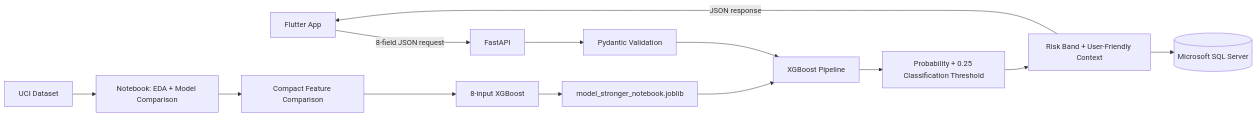
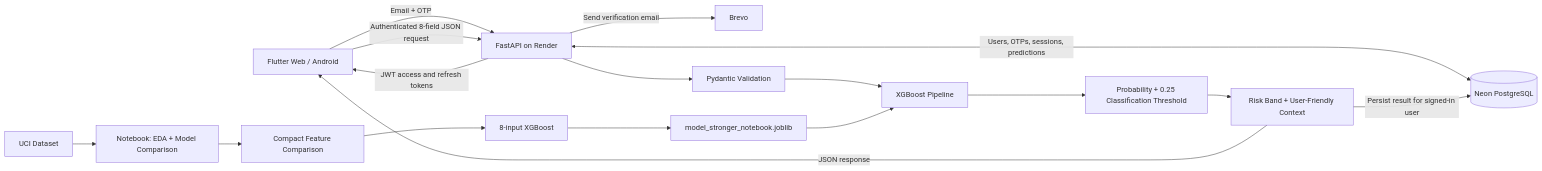
One commit to pritamsarangi/creditguard-ml changed the diagram in architecture.md. Above: the diagram before and after it, drawn with Mermaid. The commit also changed other lines of this file and 2 other files, not shown here.

````diff
--- a/architecture.md
+++ b/architecture.md
@@ -5,16 +5,21 @@
 ```mermaid
 flowchart LR
-    A[Flutter App] -->|8-field JSON request| B[FastAPI]
+    A[Flutter Web / Android] -->|Email + OTP| B[FastAPI on Render]
+    B -->|Send verification email| M[Brevo]
+    B <-->|Users, OTPs, sessions, predictions| G[(Neon PostgreSQL)]
+    B -->|JWT access and refresh tokens| A
+
+    A -->|Authenticated 8-field JSON request| B
     B --> C[Pydantic Validation]
     C --> D[XGBoost Pipeline]
     D --> E[Probability + 0.25 Classification Threshold]
     E --> F[Risk Band + User-Friendly Context]
-    F --> G[(Microsoft SQL Server)]
+    F -->|Persist result for signed-in user| G
     F -->|JSON response| A
 
     H[UCI Dataset] --> I[Notebook: EDA + Model Comparison]
     I --> J[Compact Feature Comparison]
     J --> K[8-input XGBoost]
     K --> L[model_stronger_notebook.joblib]
     L --> D
 ```
````
